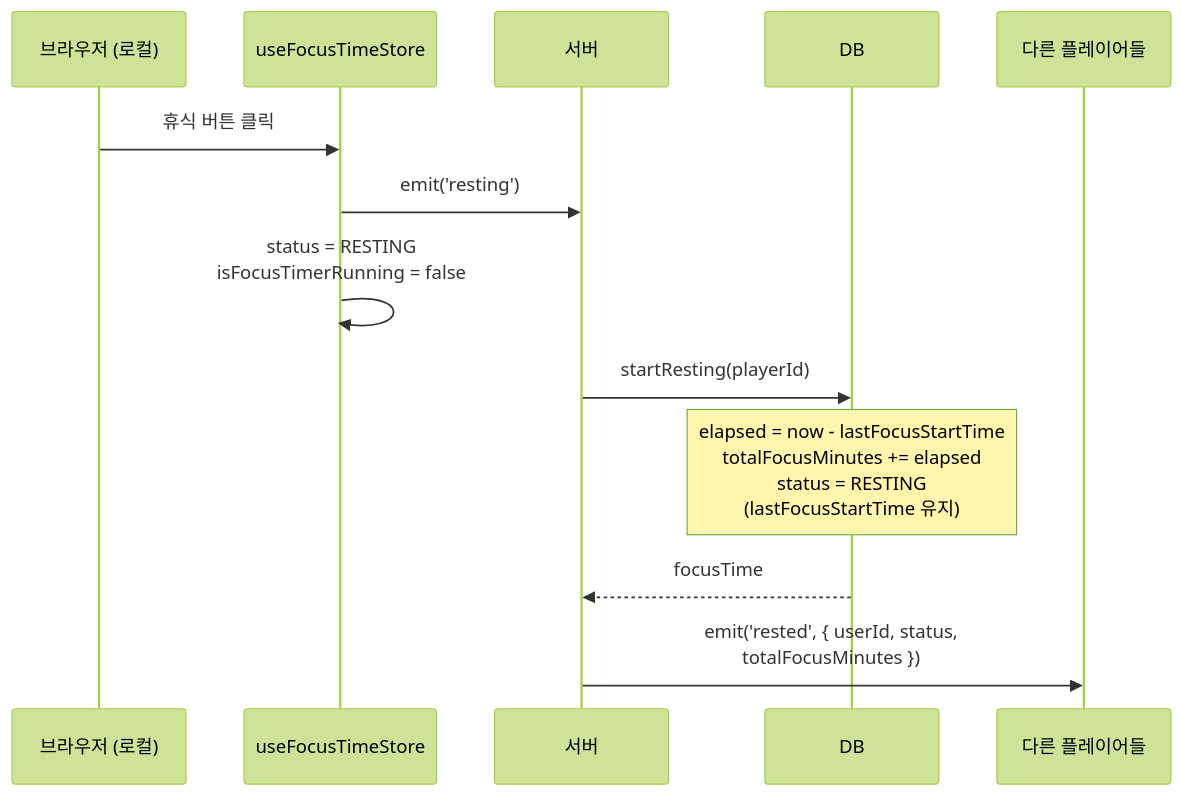
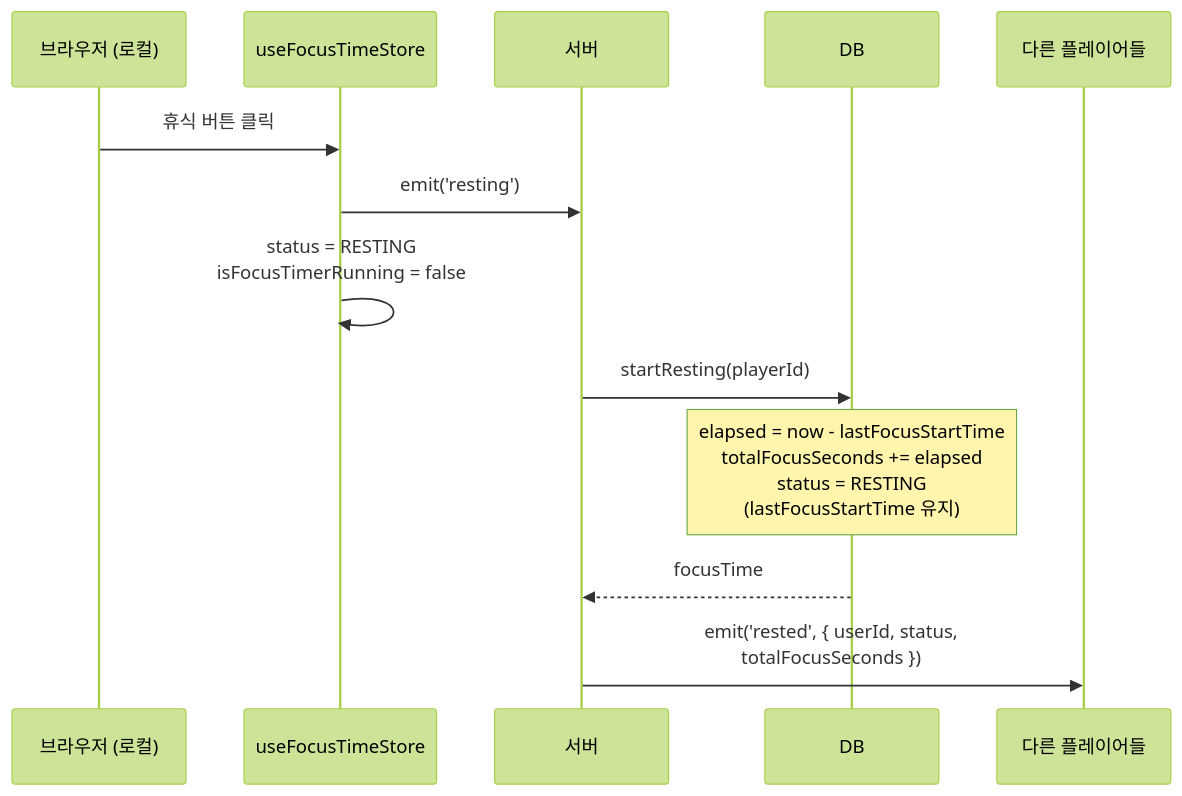
One commit to boostcampwm2025/web19-estrogenquattro changed the third of 10 diagrams in docs/reference/FOCUS_TIME.md. Above: the diagram before and after it, drawn with Mermaid (forest theme). The commit also changed other lines of this file and 24 other files, not shown here.

````diff
--- a/docs/reference/FOCUS_TIME.md
+++ b/docs/reference/FOCUS_TIME.md
@@ -98,18 +98,18 @@
 ```mermaid
 sequenceDiagram
     participant Browser as 브라우저 (로컬)
     participant Store as useFocusTimeStore
     participant Server as 서버
     participant DB as DB
     participant Others as 다른 플레이어들
 
     Browser->>Store: 휴식 버튼 클릭
     Store->>Server: emit('resting')
     Store->>Store: status = RESTING<br/>isFocusTimerRunning = false
 
     Server->>DB: startResting(playerId)
-    Note over DB: elapsed = now - lastFocusStartTime<br/>totalFocusMinutes += elapsed<br/>status = RESTING<br/>(lastFocusStartTime 유지)
+    Note over DB: elapsed = now - lastFocusStartTime<br/>totalFocusSeconds += elapsed<br/>status = RESTING<br/>(lastFocusStartTime 유지)
     DB-->>Server: focusTime
 
-    Server->>Others: emit('rested', { userId, status,<br/>totalFocusMinutes })
+    Server->>Others: emit('rested', { userId, status,<br/>totalFocusSeconds })
 ```
````
